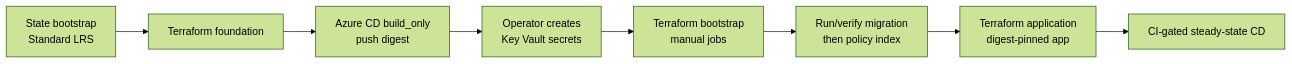
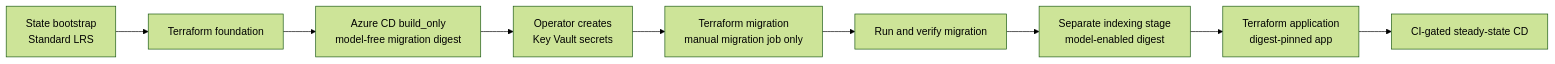
The second of 2 diagrams in docs/azure_architecture.md (JosephATerry/openweight), drawn with Mermaid (forest theme) before and after one commit. The commit also changed other lines of this file and 20 other files, not shown here.

Commit message:
Add guarded Azure database migration lifecycle

````diff
--- a/docs/azure_architecture.md
+++ b/docs/azure_architecture.md
@@ -109,10 +116,11 @@
 ```mermaid
 flowchart LR
     state[State bootstrap\nStandard LRS] --> foundation[Terraform foundation]
-    foundation --> image[Azure CD build_only\npush digest]
+    foundation --> image[Azure CD build_only\nmodel-free migration digest]
     image --> secrets[Operator creates\nKey Vault secrets]
-    secrets --> jobs[Terraform bootstrap\nmanual jobs]
-    jobs --> verify[Run/verify migration\nthen policy index]
-    verify --> application[Terraform application\ndigest-pinned app]
+    secrets --> jobs[Terraform migration\nmanual migration job only]
+    jobs --> verify[Run and verify migration]
+    verify --> index[Separate indexing stage\nmodel-enabled digest]
+    index --> application[Terraform application\ndigest-pinned app]
     application --> steady[CI-gated steady-state CD]
 ```
````
